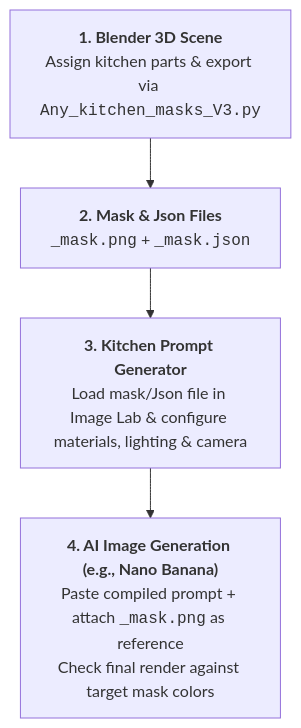
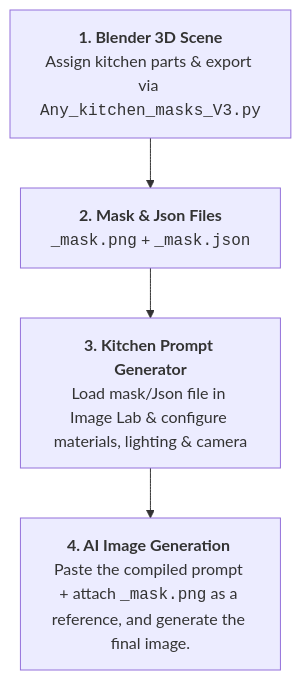
One commit to mrmizomsn/Any-Kitchen-Prompt-Generator changed the diagram in README.md. Above: the diagram before and after it, drawn with Mermaid.

Commit message:
readme update

````diff
--- a/README.md
+++ b/README.md
@@ -78,7 +78,7 @@
 ```mermaid
 flowchart TD
     A["<b>1. Blender 3D Scene</b><br/>Assign kitchen parts & export via <code>Any_kitchen_masks_V3.py</code>"]
     --> B["<b>2. Mask & Json Files</b><br/><code><scene>_mask.png</code> + <code><scene>_mask.json</code>"]
     B --> C["<b>3. Kitchen Prompt Generator</b><br/>Load mask/Json file in Image Lab & configure materials, lighting & camera"]
-    C --> D["<b>4. AI Image Generation (e.g., Nano Banana)</b><br/>Paste compiled prompt + attach <code>_mask.png</code> as reference<br/>Check final render against target mask colors"]
+    C --> D["<b>4. AI Image Generation </b><br/>Paste the compiled prompt + attach <code>_mask.png</code> as a reference, and generate the final image.<br/"]
 ```
````
